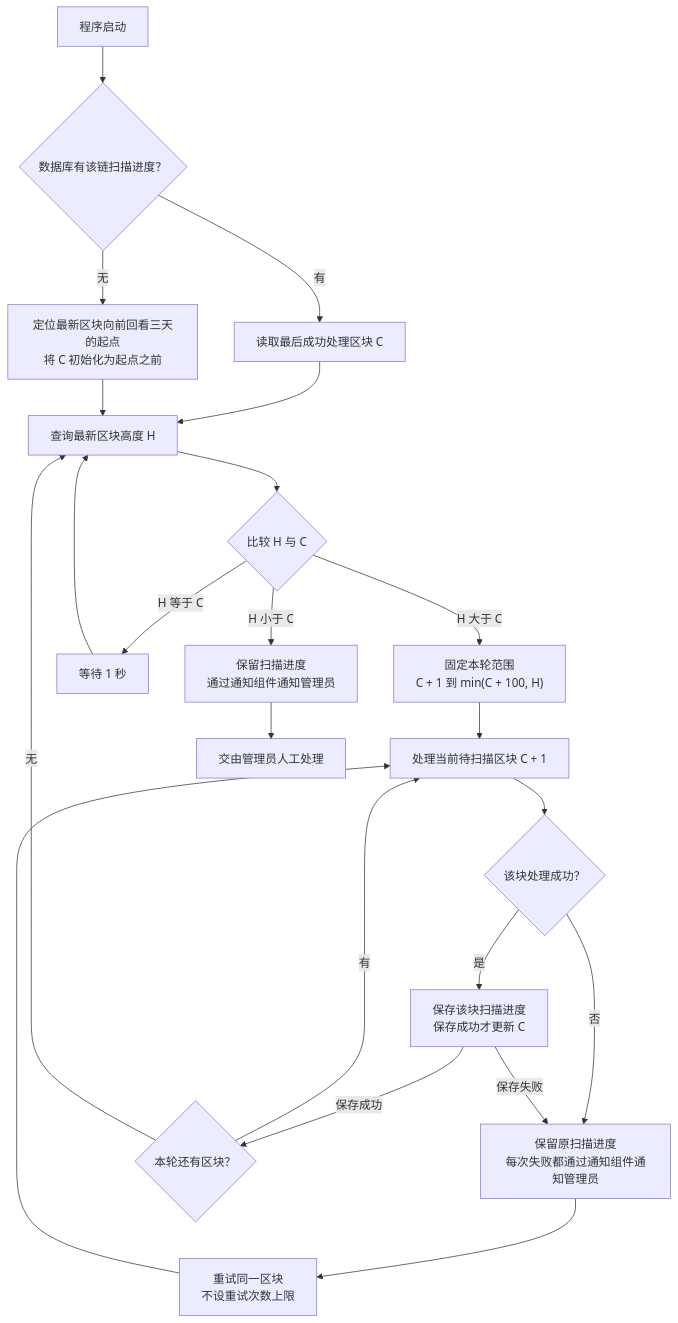
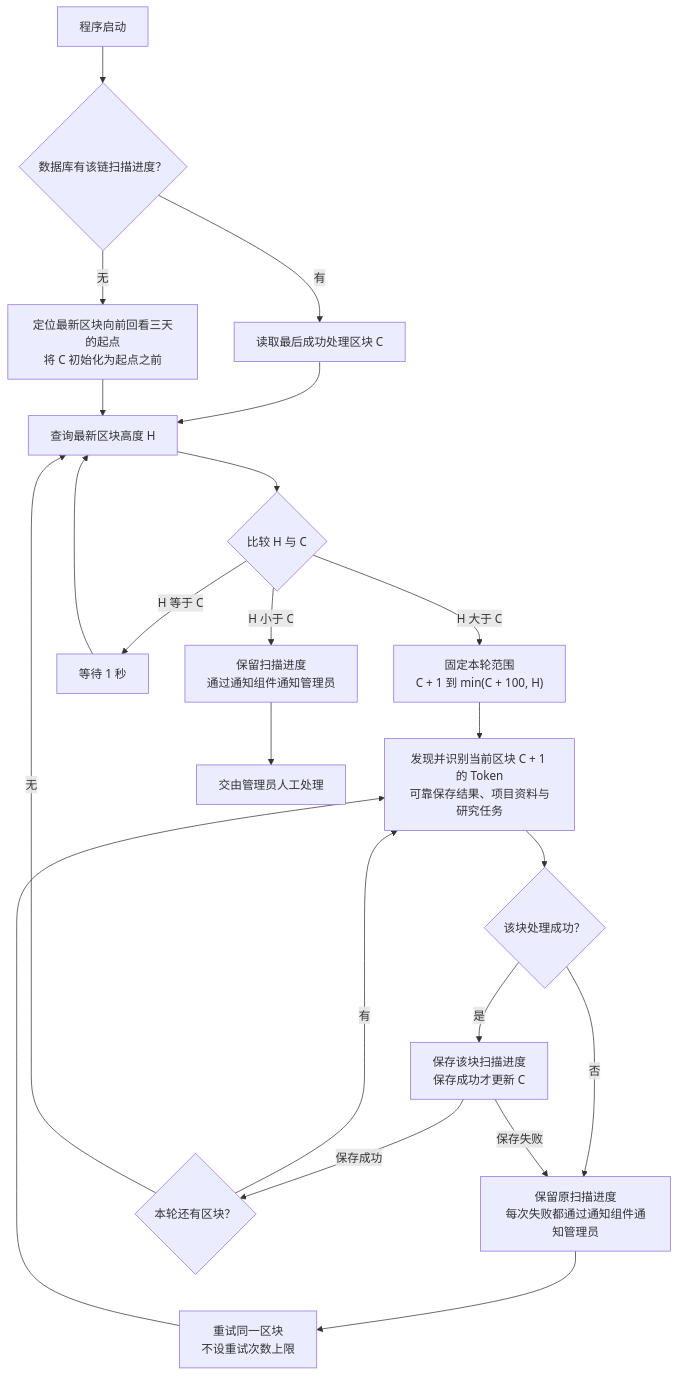
One commit to useryege/athena-o changed the diagram in docs/project/token-block-scan-flow.md. Above: the diagram before and after it, drawn with Mermaid. The commit also changed other lines of this file and 17 other files, not shown here.

````diff
--- a/docs/project/token-block-scan-flow.md
+++ b/docs/project/token-block-scan-flow.md
@@ -17,24 +17,24 @@
 ```mermaid
 flowchart TD
     start["程序启动"] --> saved{"数据库有该链扫描进度？"}
     saved -->|有| resume["读取最后成功处理区块 C"]
     saved -->|无| initialize["定位最新区块向前回看三天的起点<br/>将 C 初始化为起点之前"]
     resume --> head["查询最新区块高度 H"]
     initialize --> head
     head --> compare{"比较 H 与 C"}
     compare -->|H 大于 C| batch["固定本轮范围<br/>C + 1 到 min(C + 100, H)"]
-    batch --> block["处理当前待扫描区块 C + 1"]
+    batch --> block["发现并识别当前区块 C + 1 的 Token<br/>可靠保存结果、项目资料与研究任务"]
     block --> outcome{"该块处理成功？"}
     outcome -->|是| persist["保存该块扫描进度<br/>保存成功才更新 C"]
     outcome -->|否| failure["保留原扫描进度<br/>每次失败都通过通知组件通知管理员"]
     persist -->|保存失败| failure
     failure --> retry["重试同一区块<br/>不设重试次数上限"]
     retry --> block
     persist -->|保存成功| remaining{"本轮还有区块？"}
     remaining -->|有| block
     remaining -->|无| head
     compare -->|H 等于 C| sleep["等待 1 秒"]
     sleep --> head
     compare -->|H 小于 C| abnormal["保留扫描进度<br/>通过通知组件通知管理员"]
     abnormal --> manual["交由管理员人工处理"]
 ```
````
